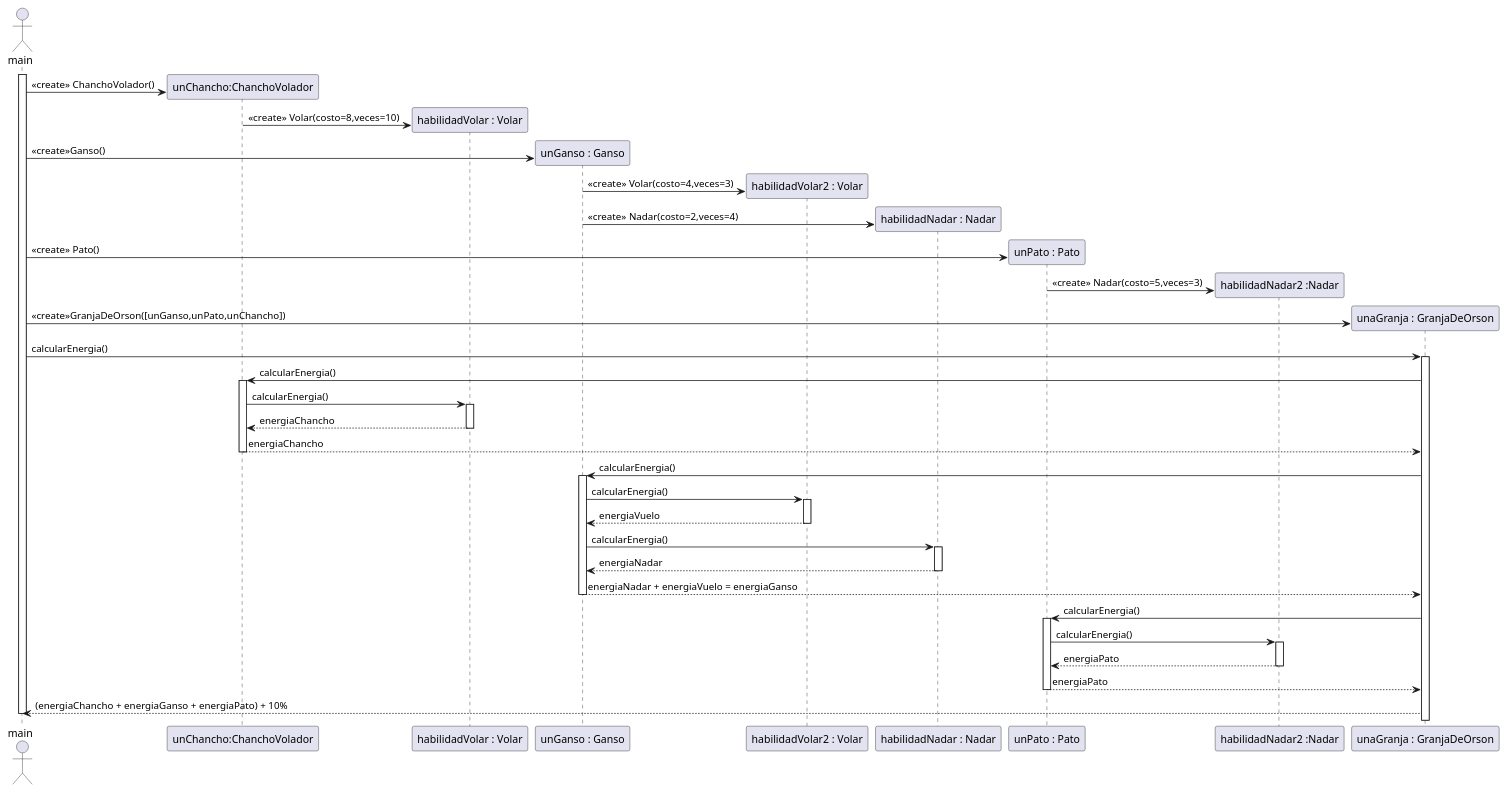
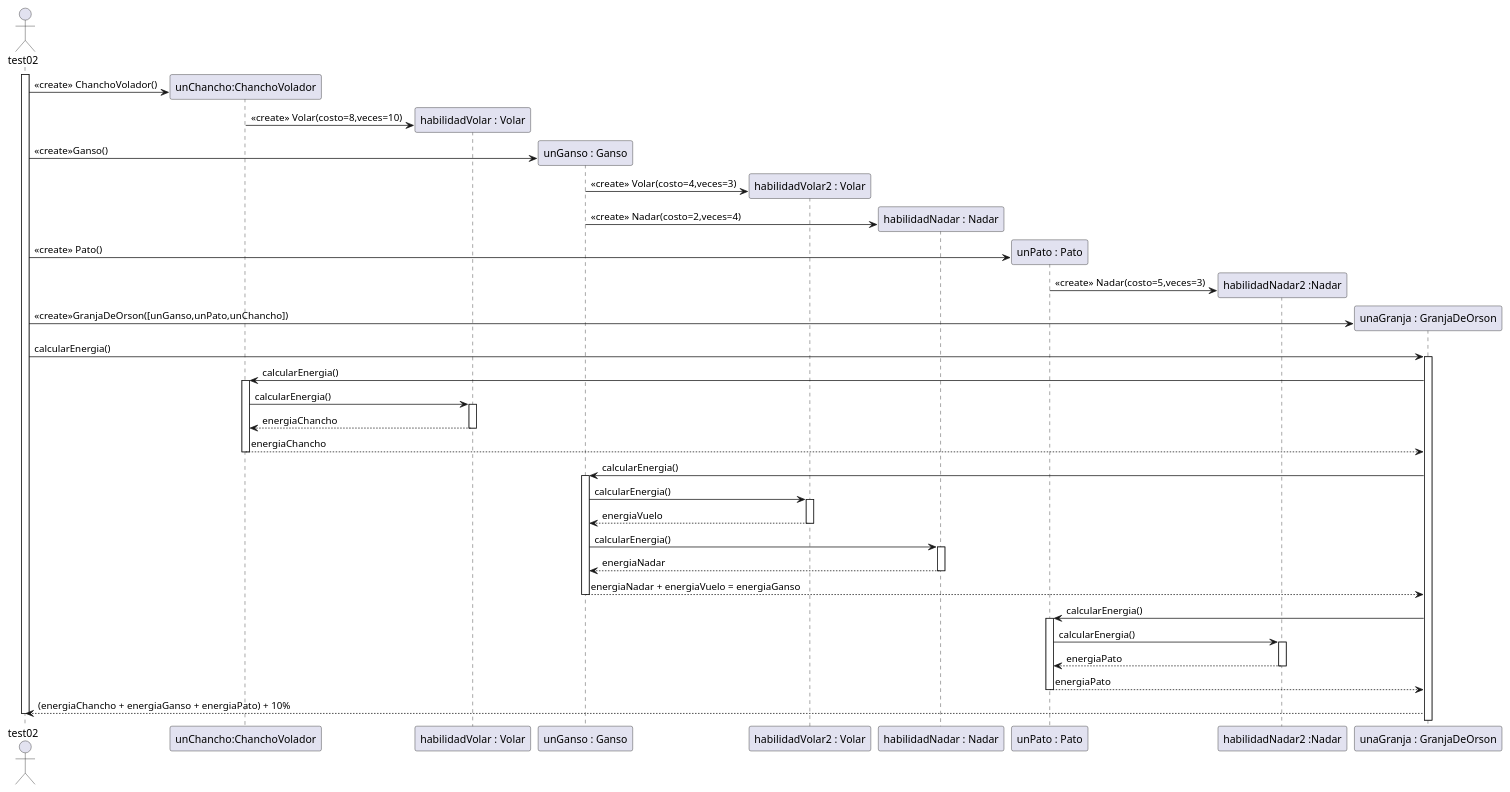
The diagram in GranjaOrson1C2026/diagrama/casoDeUso2.puml (Mortha4/algoritmos3-parciales-Suarez), drawn with PlantUML before and after one commit. The commit also changed 1 other file, not shown here.

```diff
--- a/GranjaOrson1C2026/diagrama/casoDeUso2.puml
+++ b/GranjaOrson1C2026/diagrama/casoDeUso2.puml
@@ -1,74 +1,74 @@
 @startuml
 
 'calcular energia de chancho volador despues de 2 aleteos'
 
 
-actor main
-activate main
+actor test02
+activate test02
 
 create participant "unChancho:ChanchoVolador" as chancho
-main -> chancho : <<create>> ChanchoVolador()
+test02 -> chancho : <<create>> ChanchoVolador()
 create participant "habilidadVolar : Volar" as volarChancho
 chancho -> volarChancho : <<create>> Volar(costo=8,veces=10)
 
 create participant "unGanso : Ganso" as ganso
-main -> ganso : <<create>>Ganso()
+test02 -> ganso : <<create>>Ganso()
 create participant "habilidadVolar2 : Volar" as volarGanso
 ganso -> volarGanso : <<create>> Volar(costo=4,veces=3)
 create participant "habilidadNadar : Nadar" as nadarGanso
 ganso -> nadarGanso : <<create>> Nadar(costo=2,veces=4)
 
 create participant "unPato : Pato" as pato
-main -> pato : <<create>> Pato()
+test02 -> pato : <<create>> Pato()
 create participant "habilidadNadar2 :Nadar" as nadarPato
 pato -> nadarPato : <<create>> Nadar(costo=5,veces=3)
 
 
 create participant "unaGranja : GranjaDeOrson" as granja
-main -> granja : <<create>>GranjaDeOrson([unGanso,unPato,unChancho])
-main -> granja : calcularEnergia()
+test02 -> granja : <<create>>GranjaDeOrson([unGanso,unPato,unChancho])
+test02 -> granja : calcularEnergia()
 activate granja
 
 granja -> chancho : calcularEnergia()
 activate chancho
 chancho -> volarChancho : calcularEnergia()
 activate volarChancho
 volarChancho --> chancho : energiaChancho
 deactivate volarChancho
 chancho --> granja : energiaChancho
 deactivate chancho
 
 granja -> ganso : calcularEnergia()
 activate ganso
 ganso -> volarGanso : calcularEnergia()
 activate volarGanso
 volarGanso --> ganso : energiaVuelo
 deactivate volarGanso
 ganso -> nadarGanso : calcularEnergia()
 activate nadarGanso
 nadarGanso --> ganso : energiaNadar
 deactivate nadarGanso
 ganso --> granja : energiaNadar + energiaVuelo = energiaGanso
 deactivate ganso
 
 granja -> pato : calcularEnergia()
 activate pato  
 pato -> nadarPato : calcularEnergia()
 activate nadarPato
 nadarPato --> pato : energiaPato
 deactivate nadarPato
 pato --> granja : energiaPato
 deactivate pato
 
-granja --> main : (energiaChancho + energiaGanso + energiaPato) + 10%
-deactivate main
+granja --> test02 : (energiaChancho + energiaGanso + energiaPato) + 10%
+deactivate test02
 
 
 
 
 
 
 
 
 
 @enduml
```
